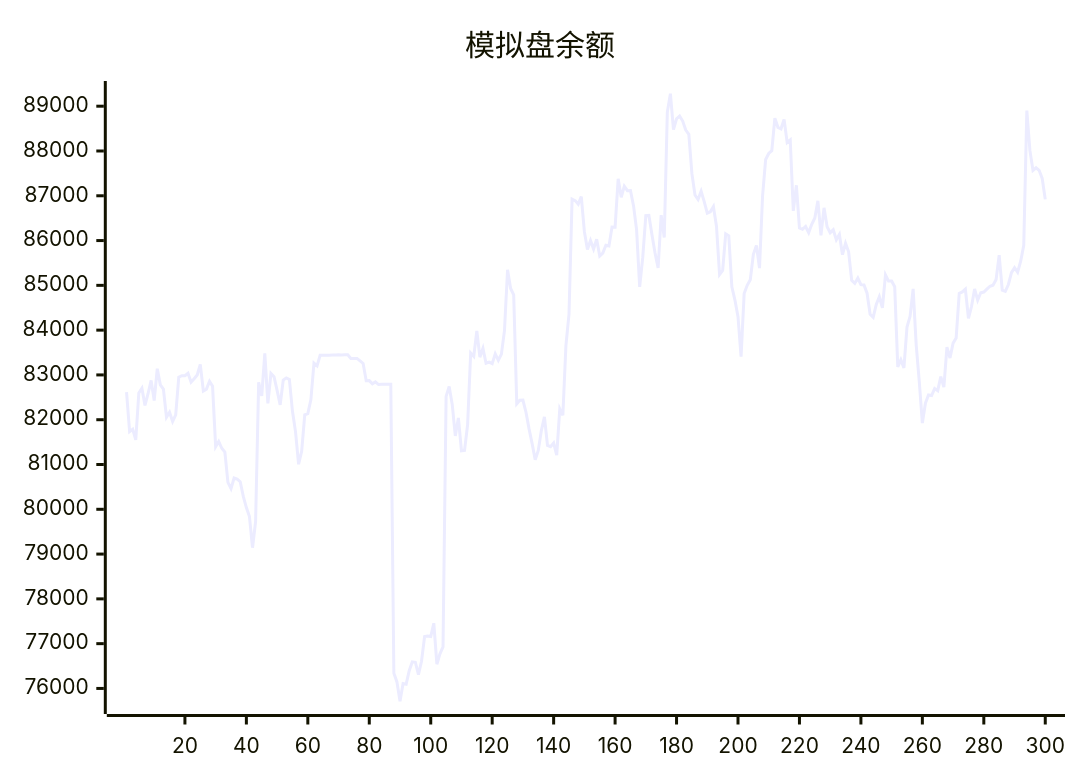
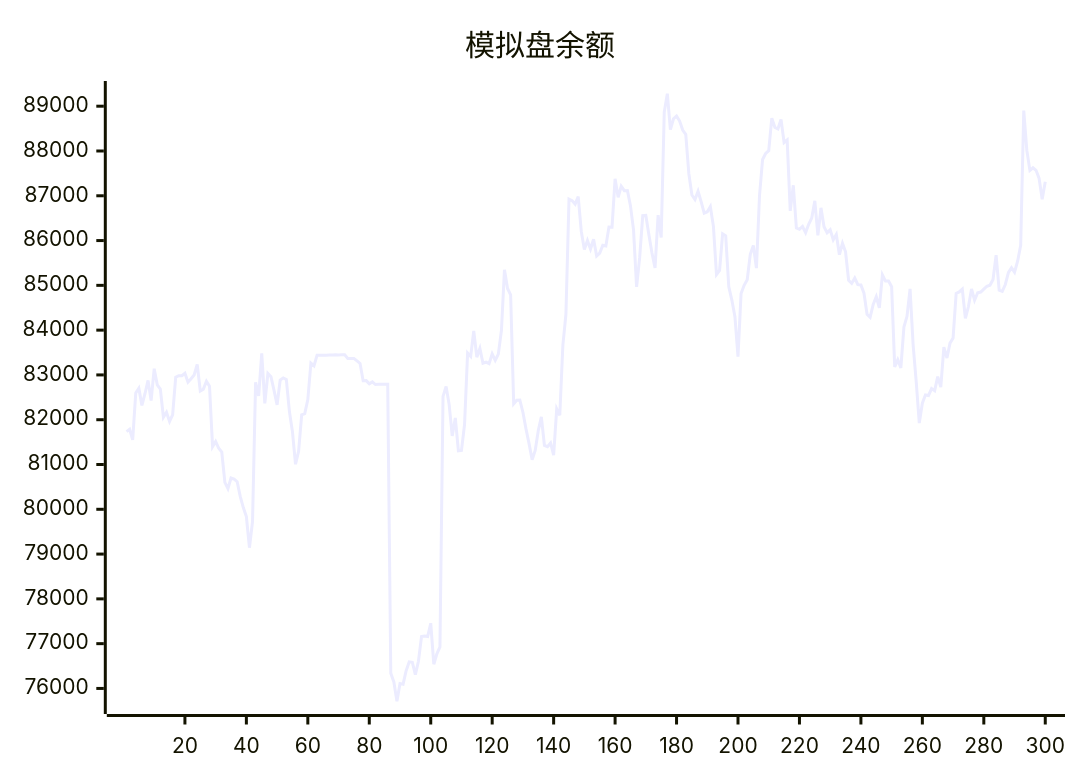
Before and after one commit to aahl/ai-trading: the diagram in README.md, drawn with Mermaid. The commit also changed other lines of this file and 1 other file, not shown here.

````diff
--- a/README.md
+++ b/README.md
@@ -5,5 +5,5 @@
 ```mermaid
 xychart
     title "模拟盘余额"
-    line [82614,81734,81788,81551,82598,82702,82320,82580,82878,82426,83139,82778,82686,82056,82166,81963,82110,82951,82983,82984,83038,82838,82915,82998,83235,82642,82682,82858,82746,81396,81512,81362,81277,80600,80461,80699,80673,80616,80288,80038,79836,79142,79722,82837,82533,83480,82366,83032,82960,82654,82330,82883,82934,82901,82188,81728,81005,81298,82110,82135,82449,83264,83203,83440,83439,83440,83440,83446,83447,83448,83447,83448,83449,83369,83369,83369,83313,83256,82872,82873,82801,82844,82785,82791,82791,82793,82794,76339,76145,75714,76110,76096,76397,76594,76585,76310,76607,77160,77170,77160,77456,76541,76774,76927,82520,82744,82337,81639,82040,81307,81314,81887,83490,83414,83984,83396,83594,83261,83287,83253,83470,83327,83465,83987,85348,84930,84786,82355,82433,82438,82167,81795,81466,81105,81315,81756,82064,81426,81398,81481,81210,82242,82099,83658,84359,86925,86892,86814,86980,86203,85802,86003,85811,86028,85657,85721,85896,85880,86300,86299,87378,86965,87214,87115,87118,86780,86238,84966,85623,86555,86562,86129,85722,85387,86569,86070,88870,89278,88477,88720,88781,88668,88467,88372,87493,87018,86917,87102,86870,86613,86644,86758,86317,85242,85334,86149,86106,84968,84671,84302,83410,84816,85001,85127,85693,85891,85384,87001,87811,87945,88007,88734,88528,88495,88705,88189,88248,86662,87234,86279,86251,86314,86177,86364,86503,86886,86114,86731,86310,86176,86240,86017,86136,85685,85938,85749,85111,85044,85164,85016,85008,84824,84354,84287,84572,84745,84500,85234,85096,85095,84970,83180,83338,83157,84070,84309,84922,83667,82850,81924,82369,82552,82539,82695,82648,82962,82728,83619,83378,83710,83825,84819,84854,84917,84265,84527,84919,84668,84834,84850,84916,84981,85004,85131,85674,84891,84864,85019,85284,85393,85294,85538,85894,88904,88012,87567,87625,87568,87386,86920]
+    line [81734,81788,81551,82598,82702,82320,82580,82878,82426,83139,82778,82686,82056,82166,81963,82110,82951,82983,82984,83038,82838,82915,82998,83235,82642,82682,82858,82746,81396,81512,81362,81277,80600,80461,80699,80673,80616,80288,80038,79836,79142,79722,82837,82533,83480,82366,83032,82960,82654,82330,82883,82934,82901,82188,81728,81005,81298,82110,82135,82449,83264,83203,83440,83439,83440,83440,83446,83447,83448,83447,83448,83449,83369,83369,83369,83313,83256,82872,82873,82801,82844,82785,82791,82791,82793,82794,76339,76145,75714,76110,76096,76397,76594,76585,76310,76607,77160,77170,77160,77456,76541,76774,76927,82520,82744,82337,81639,82040,81307,81314,81887,83490,83414,83984,83396,83594,83261,83287,83253,83470,83327,83465,83987,85348,84930,84786,82355,82433,82438,82167,81795,81466,81105,81315,81756,82064,81426,81398,81481,81210,82242,82099,83658,84359,86925,86892,86814,86980,86203,85802,86003,85811,86028,85657,85721,85896,85880,86300,86299,87378,86965,87214,87115,87118,86780,86238,84966,85623,86555,86562,86129,85722,85387,86569,86070,88870,89278,88477,88720,88781,88668,88467,88372,87493,87018,86917,87102,86870,86613,86644,86758,86317,85242,85334,86149,86106,84968,84671,84302,83410,84816,85001,85127,85693,85891,85384,87001,87811,87945,88007,88734,88528,88495,88705,88189,88248,86662,87234,86279,86251,86314,86177,86364,86503,86886,86114,86731,86310,86176,86240,86017,86136,85685,85938,85749,85111,85044,85164,85016,85008,84824,84354,84287,84572,84745,84500,85234,85096,85095,84970,83180,83338,83157,84070,84309,84922,83667,82850,81924,82369,82552,82539,82695,82648,82962,82728,83619,83378,83710,83825,84819,84854,84917,84265,84527,84919,84668,84834,84850,84916,84981,85004,85131,85674,84891,84864,85019,85284,85393,85294,85538,85894,88904,88012,87567,87625,87568,87386,86920,87313]
 ```
````
